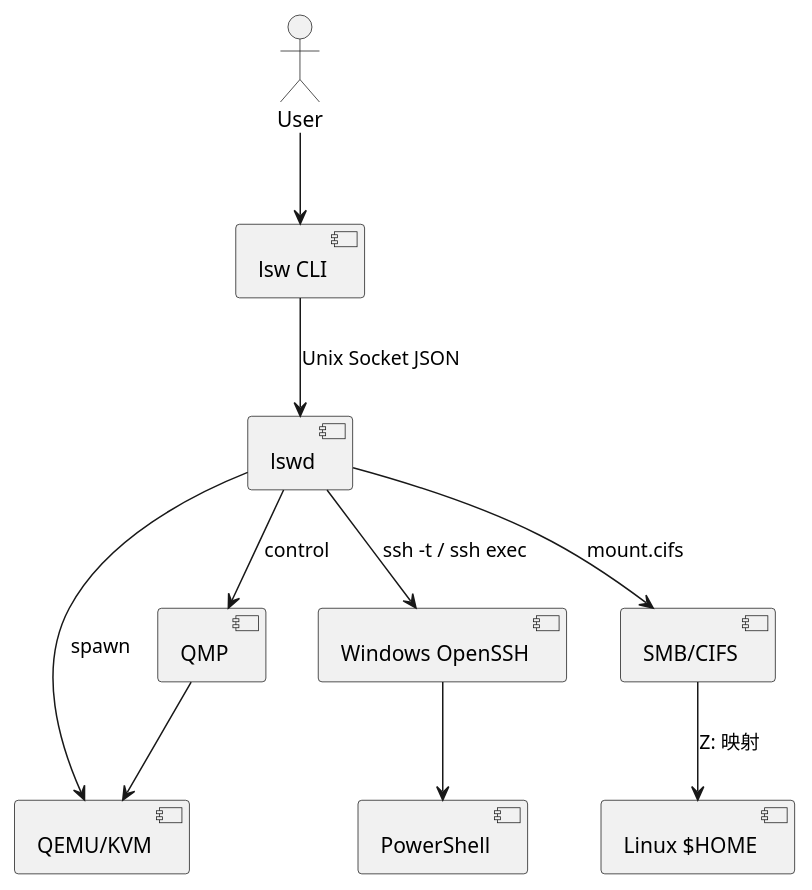
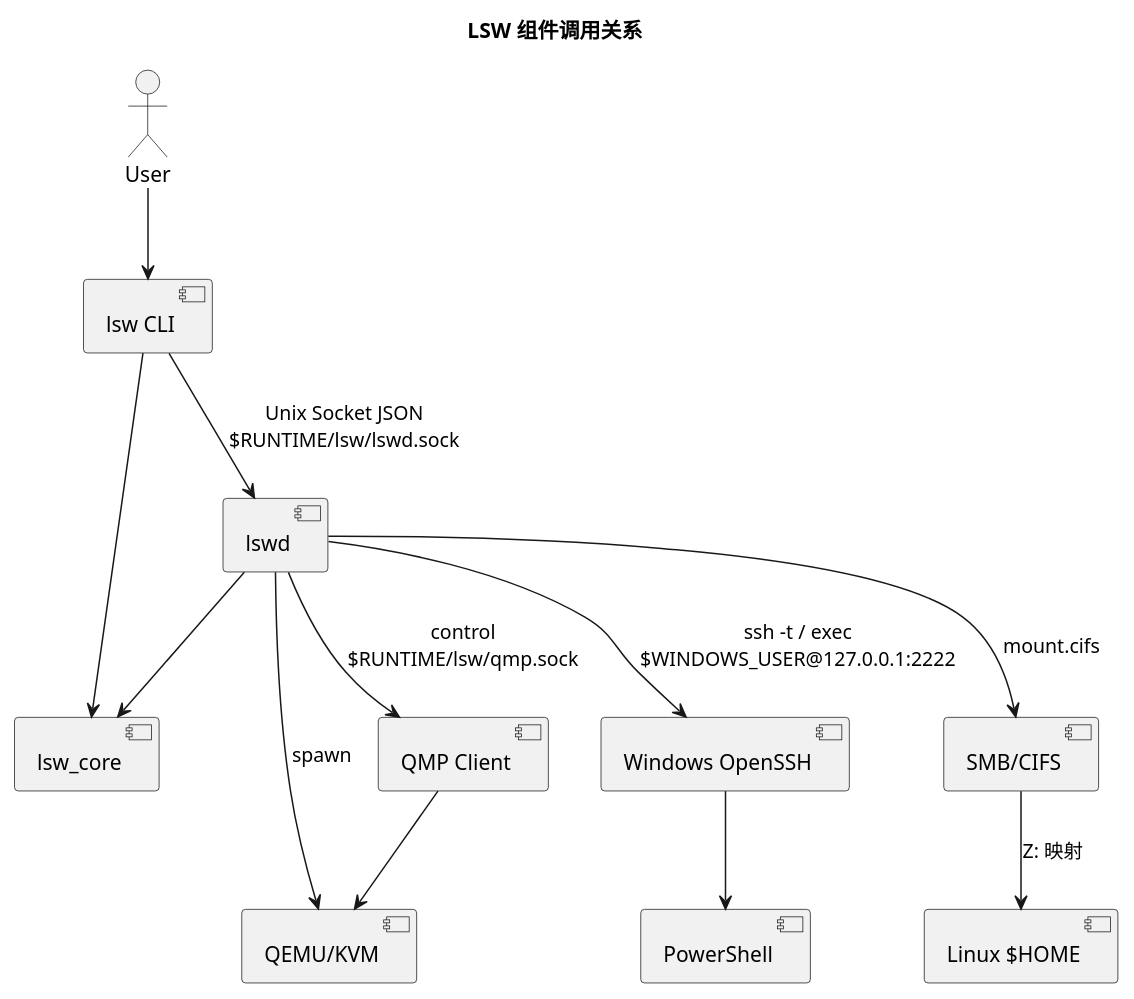
The diagram in docs/diagrams/component.puml (yunzheyue-star/lsw), drawn with PlantUML before and after one commit. The commit also changed 26 other files, not shown here.

```diff
--- a/docs/diagrams/component.puml
+++ b/docs/diagrams/component.puml
@@ -1,21 +1,25 @@
 @startuml
+title LSW 组件调用关系
 actor User
 component "lsw CLI" as CLI
+component "lsw_core" as Core
 component "lswd" as Daemon
 component "QEMU/KVM" as QEMU
-component "QMP" as QMP
+component "QMP Client" as QMP
 component "Windows OpenSSH" as WinSSH
 component "PowerShell" as PS
 component "SMB/CIFS" as SMB
 component "Linux $HOME" as Home
 
 User --> CLI
-CLI --> Daemon : Unix Socket JSON
+CLI --> Core
+CLI --> Daemon : Unix Socket JSON\n$RUNTIME/lsw/lswd.sock
+Daemon --> Core
 Daemon --> QEMU : spawn
-Daemon --> QMP : control
+Daemon --> QMP : control\n$RUNTIME/lsw/qmp.sock
 QMP --> QEMU
-Daemon --> WinSSH : ssh -t / ssh exec
+Daemon --> WinSSH : ssh -t / exec\n$WINDOWS_USER@127.0.0.1:2222
 WinSSH --> PS
 Daemon --> SMB : mount.cifs
 SMB --> Home : Z: 映射
 @enduml
```
